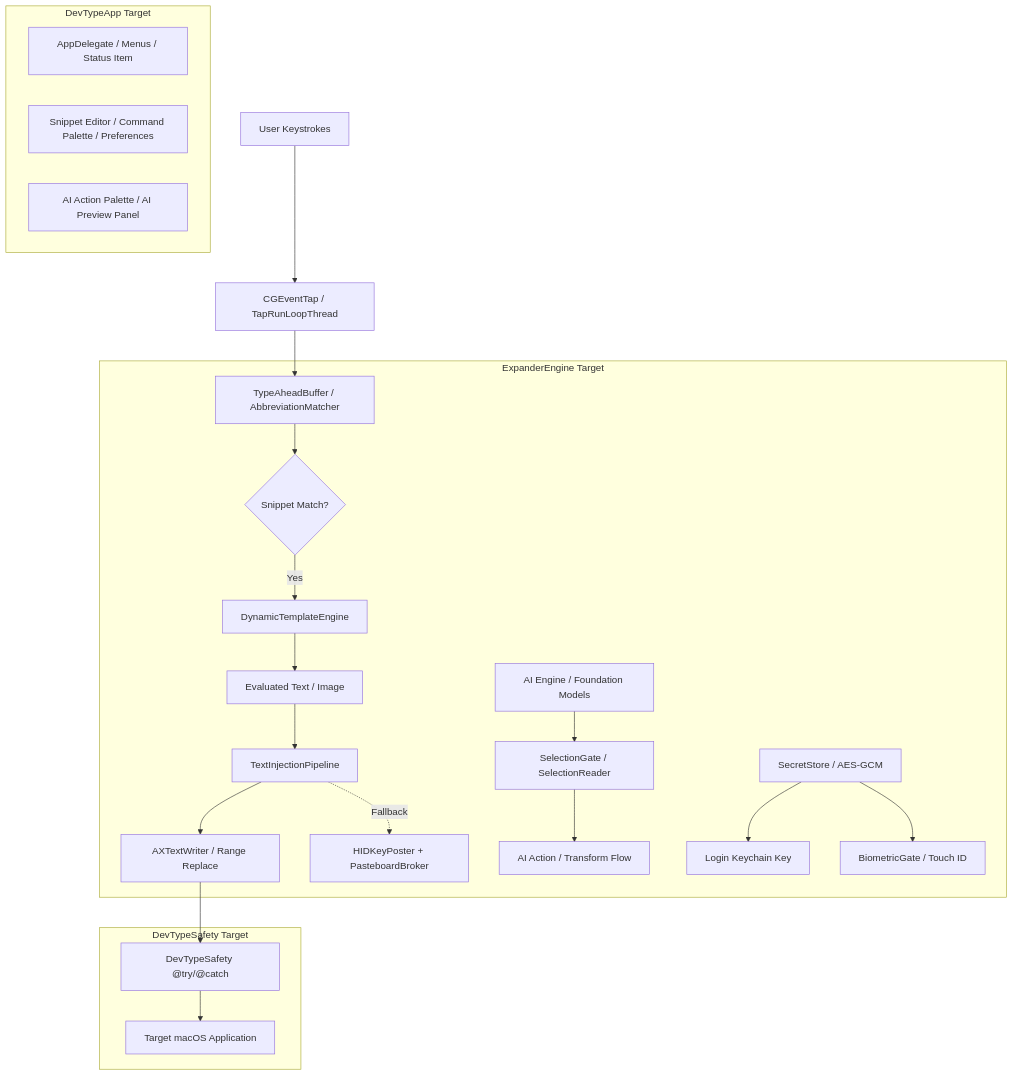
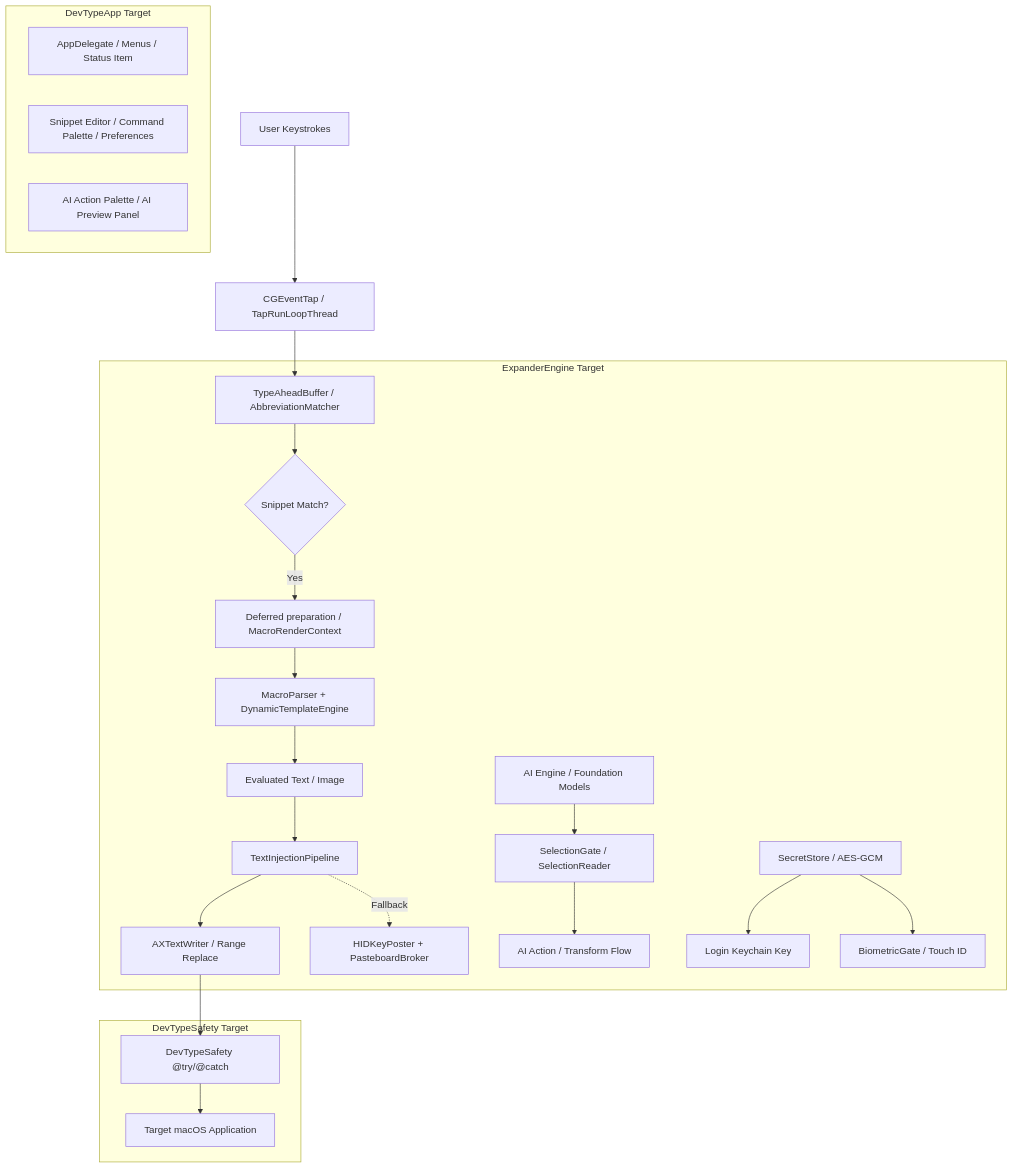
Before and after one commit to bharathvbcr/DevType: the first of 3 diagrams in docs/ARCHITECTURE.md, drawn with Mermaid. The commit also changed other lines of this file and 90 other files, not shown here.

````diff
--- a/docs/ARCHITECTURE.md
+++ b/docs/ARCHITECTURE.md
@@ -11,32 +11,33 @@
 ```mermaid
 graph TD
     UserKeystroke[User Keystrokes] --> EventTap[CGEventTap / TapRunLoopThread]
     EventTap --> Buffer[TypeAheadBuffer / AbbreviationMatcher]
     
     subgraph ExpanderEngine Target
         Buffer --> MatchFound{Snippet Match?}
-        MatchFound -- Yes --> MacroEngine[DynamicTemplateEngine]
+        MatchFound -- Yes --> Prepare[Deferred preparation / MacroRenderContext]
+        Prepare --> MacroEngine[MacroParser + DynamicTemplateEngine]
         MacroEngine --> RenderedText[Evaluated Text / Image]
         RenderedText --> InjectPipeline[TextInjectionPipeline]
         
         InjectPipeline --> AXWriter[AXTextWriter / Range Replace]
         InjectPipeline -. Fallback .-> HIDPoster[HIDKeyPoster + PasteboardBroker]
         
         AIStore[AI Engine / Foundation Models] --> SelectionGate[SelectionGate / SelectionReader]
         SelectionGate --> AIAction[AI Action / Transform Flow]
         
         SecretStore[SecretStore / AES-GCM] --> KeychainKey[Login Keychain Key]
         SecretStore --> Biometrics[BiometricGate / Touch ID]
     end
 
     subgraph DevTypeSafety Target
         AXWriter --> ObjCTrampoline[DevTypeSafety @try/@catch]
         ObjCTrampoline --> TargetApp[Target macOS Application]
     end
 
     subgraph DevTypeApp Target
         AppDelegate[AppDelegate / Menus / Status Item]
         UIViews[Snippet Editor / Command Palette / Preferences]
         AIViews[AI Action Palette / AI Preview Panel]
     end
 ```
````
